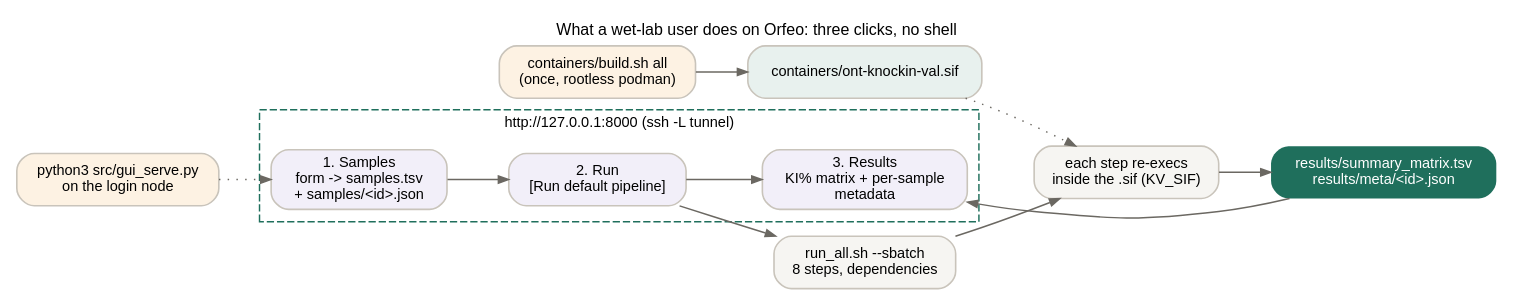
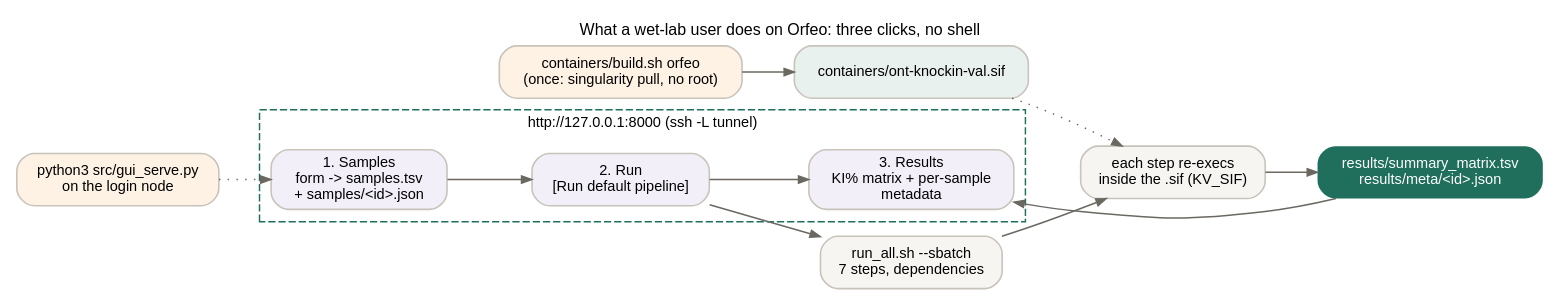
One commit to ssenci97/ONT-CRISPR-knock-in changed the diagram in docs/diagrams/06_console.dot. Above: the diagram before and after it, drawn with Graphviz. The commit also changed 16 other files, not shown here.

```diff
--- a/docs/diagrams/06_console.dot
+++ b/docs/diagrams/06_console.dot
@@ -1,24 +1,24 @@
 digraph console {
   graph [rankdir=LR, bgcolor="white", fontname="Helvetica", fontsize=11, labelloc=t,
          label="What a wet-lab user does on Orfeo: three clicks, no shell"];
   node [fontname="Helvetica", fontsize=10, shape=box, style="rounded,filled", color="#c9c4bb", penwidth=1.1];
   edge [color="#6b6862", arrowsize=0.7];
 
-  build [label="containers/build.sh all\n(once, rootless podman)", fillcolor="#fdf2e3"];
+  build [label="containers/build.sh orfeo\n(once: singularity pull, no root)", fillcolor="#fdf2e3"];
   sif [label="containers/ont-knockin-val.sif", fillcolor="#e8f1ee"];
   build -> sif;
 
   serve [label="python3 src/gui_serve.py\non the login node", fillcolor="#fdf2e3"];
   subgraph cluster_gui {
     label="http://127.0.0.1:8000 (ssh -L tunnel)"; fontname="Helvetica"; fontsize=10; color="#1f6f5c"; style=dashed;
     t1 [label="1. Samples\nform -> samples.tsv\n+ samples/<id>.json", fillcolor="#f2eff9"];
     t2 [label="2. Run\n[Run default pipeline]", fillcolor="#f2eff9"];
     t3 [label="3. Results\nKI% matrix + per-sample\nmetadata", fillcolor="#f2eff9"];
   }
   serve -> t1 [style=dotted]; t1 -> t2 -> t3;
 
-  sb [label="run_all.sh --sbatch\n8 steps, dependencies", fillcolor="#f6f5f2"];
+  sb [label="run_all.sh --sbatch\n7 steps, dependencies", fillcolor="#f6f5f2"];
   steps [label="each step re-execs\ninside the .sif (KV_SIF)", fillcolor="#f6f5f2"];
   out [label="results/summary_matrix.tsv\nresults/meta/<id>.json", fillcolor="#1f6f5c", fontcolor="white", penwidth=0];
   t2 -> sb -> steps -> out; sif -> steps [style=dotted]; out -> t3 [constraint=false];
 }
```
